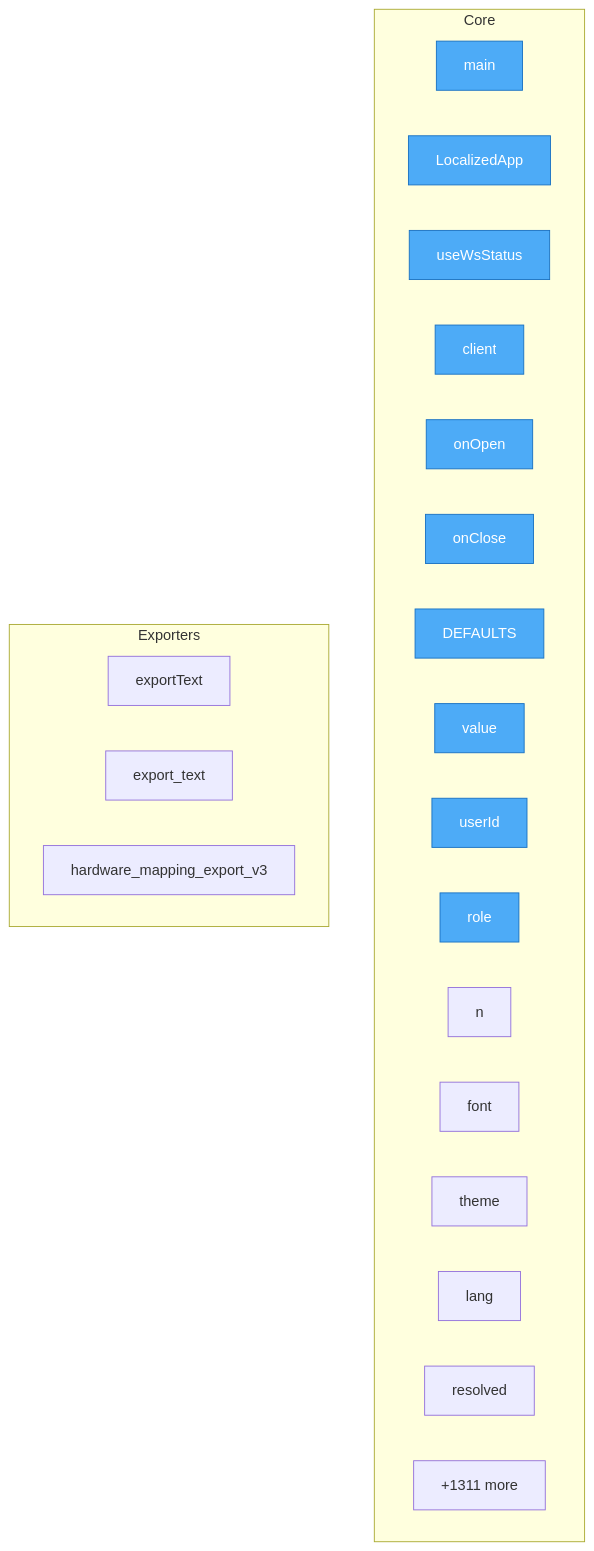
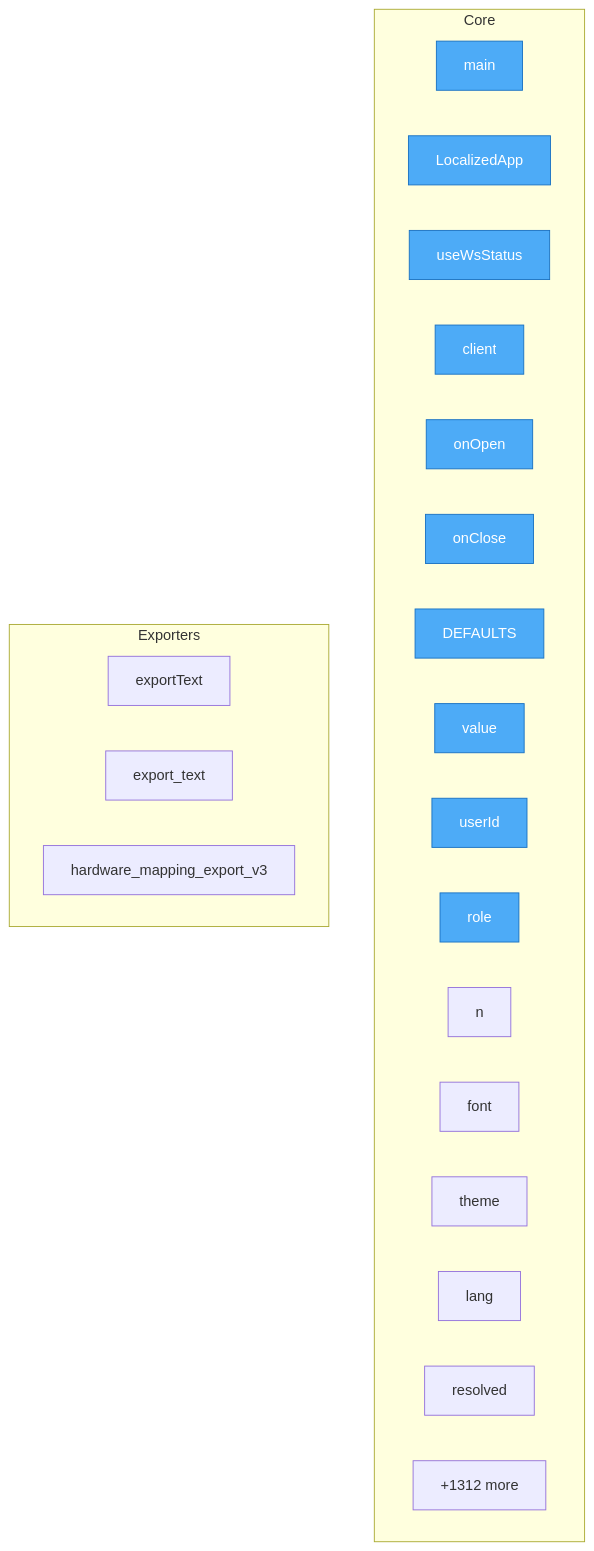
One commit to oqlos/oqlos changed the diagram in project/flow.mmd. Above: the diagram before and after it, drawn with Mermaid. The commit also changed 38 other files, not shown here.

```diff
--- a/project/flow.mmd
+++ b/project/flow.mmd
@@ -1,32 +1,32 @@
 flowchart TD
-%% generated in 0.04s
+%% generated in 0.07s
 
     %% Entry points (blue)
     classDef entry fill:#4dabf7,stroke:#1971c2,color:#fff
 
     subgraph Core
         setup_hardware_and_run_oql__main["main"]
         frontend__src__main__LocalizedApp["LocalizedApp"]
         frontend__src__hooks__useWsStatus__useWsStatus["useWsStatus"]
         frontend__src__hooks__useWsStatus__client["client"]
         frontend__src__hooks__useWsStatus__onOpen["onOpen"]
         frontend__src__hooks__useWsStatus__onClose["onClose"]
         frontend__src__hooks__useUrlConfig__DEFAULTS["DEFAULTS"]
         frontend__src__hooks__useUrlConfig__value["value"]
         frontend__src__hooks__useUrlConfig__userId["userId"]
         frontend__src__hooks__useUrlConfig__role["role"]
         frontend__src__hooks__useUrlConfig__n["n"]
         frontend__src__hooks__useUrlConfig__font["font"]
         frontend__src__hooks__useUrlConfig__theme["theme"]
         frontend__src__hooks__useUrlConfig__lang["lang"]
         frontend__src__hooks__useUrlConfig__resolved["resolved"]
-        ...["+1311 more"]
+        ...["+1312 more"]
     end
 
     subgraph Exporters
         frontend__src__pages__HardwareRestart__exportText["exportText"]
         oqlos__api__hardware_mapping_store__MappingStore__export_text["export_text"]
         oqlos__api__hardware_v3__hardware_mapping_export_v3["hardware_mapping_export_v3"]
     end
 
     class setup_hardware_and_run_oql__main,frontend__src__main__LocalizedApp,frontend__src__hooks__useWsStatus__useWsStatus,frontend__src__hooks__useWsStatus__client,frontend__src__hooks__useWsStatus__onOpen,frontend__src__hooks__useWsStatus__onClose,frontend__src__hooks__useUrlConfig__DEFAULTS,frontend__src__hooks__useUrlConfig__value,frontend__src__hooks__useUrlConfig__userId,frontend__src__hooks__useUrlConfig__role entry
```
